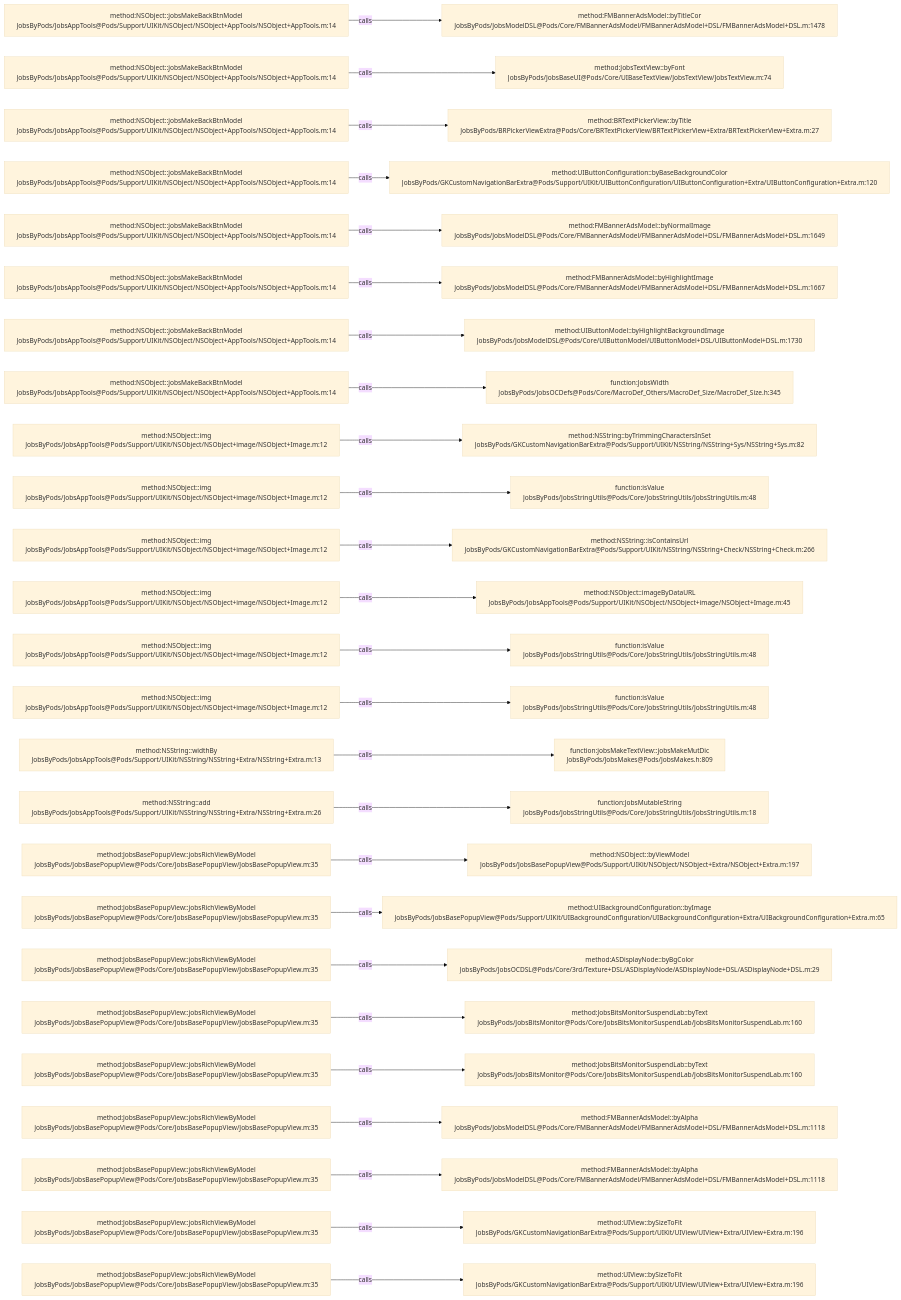
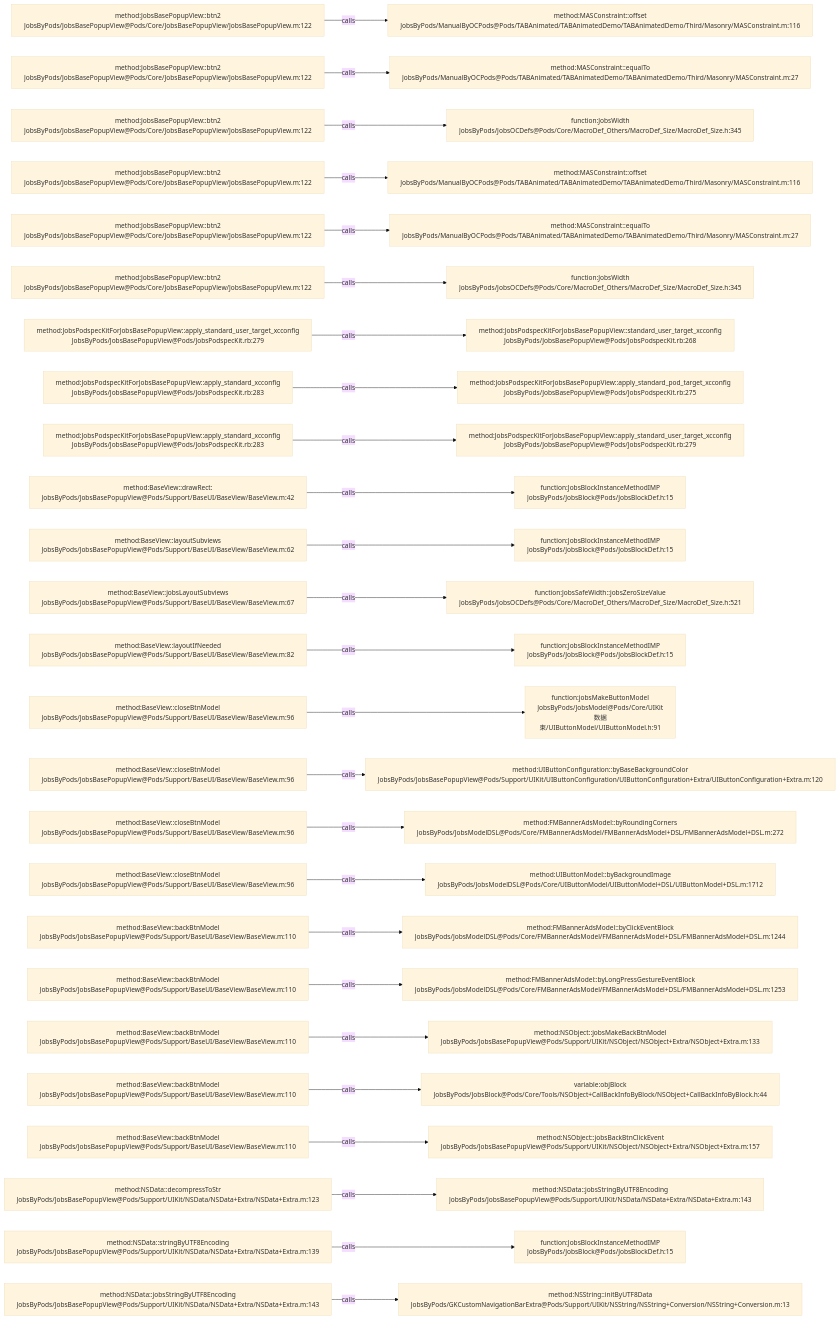
One commit to JobsKits/JobsOCBaseConfigDemo changed the diagram in .codegraph/codegraph.md/graphs/calls-199.md. Above: the diagram before and after it, drawn with Mermaid (base theme). The commit also changed 223 other files, not shown here.

````diff
--- a/.codegraph/codegraph.md/graphs/calls-199.md
+++ b/.codegraph/codegraph.md/graphs/calls-199.md
@@ -13,78 +13,78 @@
 ```mermaid
 flowchart LR
-  S1["method:NSObject::jobsMakeBackBtnModel<br/>JobsByPods/JobsAppTools@Pods/Support/UIKit/NSObject/NSObject+AppTools/NSObject+AppTools.m:14"]
-  T1["method:FMBannerAdsModel::byTitleCor<br/>JobsByPods/JobsModelDSL@Pods/Core/FMBannerAdsModel/FMBannerAdsModel+DSL/FMBannerAdsModel+DSL.m:1478"]
+  S1["method:JobsBasePopupView::btn2<br/>JobsByPods/JobsBasePopupView@Pods/Core/JobsBasePopupView/JobsBasePopupView.m:122"]
+  T1["method:MASConstraint::offset<br/>JobsByPods/ManualByOCPods@Pods/TABAnimated/TABAnimatedDemo/TABAnimatedDemo/Third/Masonry/MASConstraint.m:116"]
   S1 -->|calls| T1
-  S2["method:NSObject::jobsMakeBackBtnModel<br/>JobsByPods/JobsAppTools@Pods/Support/UIKit/NSObject/NSObject+AppTools/NSObject+AppTools.m:14"]
-  T2["method:JobsTextView::byFont<br/>JobsByPods/JobsBaseUI@Pods/Core/UIBaseTextView/JobsTextView/JobsTextView.m:74"]
+  S2["method:JobsBasePopupView::btn2<br/>JobsByPods/JobsBasePopupView@Pods/Core/JobsBasePopupView/JobsBasePopupView.m:122"]
+  T2["method:MASConstraint::equalTo<br/>JobsByPods/ManualByOCPods@Pods/TABAnimated/TABAnimatedDemo/TABAnimatedDemo/Third/Masonry/MASConstraint.m:27"]
   S2 -->|calls| T2
-  S3["method:NSObject::jobsMakeBackBtnModel<br/>JobsByPods/JobsAppTools@Pods/Support/UIKit/NSObject/NSObject+AppTools/NSObject+AppTools.m:14"]
-  T3["method:BRTextPickerView::byTitle<br/>JobsByPods/BRPickerViewExtra@Pods/Core/BRTextPickerView/BRTextPickerView+Extra/BRTextPickerView+Extra.m:27"]
+  S3["method:JobsBasePopupView::btn2<br/>JobsByPods/JobsBasePopupView@Pods/Core/JobsBasePopupView/JobsBasePopupView.m:122"]
+  T3["function:JobsWidth<br/>JobsByPods/JobsOCDefs@Pods/Core/MacroDef_Others/MacroDef_Size/MacroDef_Size.h:345"]
   S3 -->|calls| T3
-  S4["method:NSObject::jobsMakeBackBtnModel<br/>JobsByPods/JobsAppTools@Pods/Support/UIKit/NSObject/NSObject+AppTools/NSObject+AppTools.m:14"]
-  T4["method:UIButtonConfiguration::byBaseBackgroundColor<br/>JobsByPods/GKCustomNavigationBarExtra@Pods/Support/UIKit/UIButtonConfiguration/UIButtonConfiguration+Extra/UIButtonConfiguration+Extra.m:120"]
+  S4["method:JobsBasePopupView::btn2<br/>JobsByPods/JobsBasePopupView@Pods/Core/JobsBasePopupView/JobsBasePopupView.m:122"]
+  T4["method:MASConstraint::offset<br/>JobsByPods/ManualByOCPods@Pods/TABAnimated/TABAnimatedDemo/TABAnimatedDemo/Third/Masonry/MASConstraint.m:116"]
   S4 -->|calls| T4
-  S5["method:NSObject::jobsMakeBackBtnModel<br/>JobsByPods/JobsAppTools@Pods/Support/UIKit/NSObject/NSObject+AppTools/NSObject+AppTools.m:14"]
-  T5["method:FMBannerAdsModel::byNormalImage<br/>JobsByPods/JobsModelDSL@Pods/Core/FMBannerAdsModel/FMBannerAdsModel+DSL/FMBannerAdsModel+DSL.m:1649"]
+  S5["method:JobsBasePopupView::btn2<br/>JobsByPods/JobsBasePopupView@Pods/Core/JobsBasePopupView/JobsBasePopupView.m:122"]
+  T5["method:MASConstraint::equalTo<br/>JobsByPods/ManualByOCPods@Pods/TABAnimated/TABAnimatedDemo/TABAnimatedDemo/Third/Masonry/MASConstraint.m:27"]
   S5 -->|calls| T5
-  S6["method:NSObject::jobsMakeBackBtnModel<br/>JobsByPods/JobsAppTools@Pods/Support/UIKit/NSObject/NSObject+AppTools/NSObject+AppTools.m:14"]
-  T6["method:FMBannerAdsModel::byHighlightImage<br/>JobsByPods/JobsModelDSL@Pods/Core/FMBannerAdsModel/FMBannerAdsModel+DSL/FMBannerAdsModel+DSL.m:1667"]
+  S6["method:JobsBasePopupView::btn2<br/>JobsByPods/JobsBasePopupView@Pods/Core/JobsBasePopupView/JobsBasePopupView.m:122"]
+  T6["function:JobsWidth<br/>JobsByPods/JobsOCDefs@Pods/Core/MacroDef_Others/MacroDef_Size/MacroDef_Size.h:345"]
   S6 -->|calls| T6
-  S7["method:NSObject::jobsMakeBackBtnModel<br/>JobsByPods/JobsAppTools@Pods/Support/UIKit/NSObject/NSObject+AppTools/NSObject+AppTools.m:14"]
-  T7["method:UIButtonModel::byHighlightBackgroundImage<br/>JobsByPods/JobsModelDSL@Pods/Core/UIButtonModel/UIButtonModel+DSL/UIButtonModel+DSL.m:1730"]
+  S7["method:JobsPodspecKitForJobsBasePopupView::apply_standard_user_target_xcconfig<br/>JobsByPods/JobsBasePopupView@Pods/JobsPodspecKit.rb:279"]
+  T7["method:JobsPodspecKitForJobsBasePopupView::standard_user_target_xcconfig<br/>JobsByPods/JobsBasePopupView@Pods/JobsPodspecKit.rb:268"]
   S7 -->|calls| T7
-  S8["method:NSObject::jobsMakeBackBtnModel<br/>JobsByPods/JobsAppTools@Pods/Support/UIKit/NSObject/NSObject+AppTools/NSObject+AppTools.m:14"]
-  T8["function:JobsWidth<br/>JobsByPods/JobsOCDefs@Pods/Core/MacroDef_Others/MacroDef_Size/MacroDef_Size.h:345"]
+  S8["method:JobsPodspecKitForJobsBasePopupView::apply_standard_xcconfig<br/>JobsByPods/JobsBasePopupView@Pods/JobsPodspecKit.rb:283"]
+  T8["method:JobsPodspecKitForJobsBasePopupView::apply_standard_pod_target_xcconfig<br/>JobsByPods/JobsBasePopupView@Pods/JobsPodspecKit.rb:275"]
   S8 -->|calls| T8
-  S9["method:NSObject::img<br/>JobsByPods/JobsAppTools@Pods/Support/UIKit/NSObject/NSObject+image/NSObject+Image.m:12"]
-  T9["method:NSString::byTrimmingCharactersInSet<br/>JobsByPods/GKCustomNavigationBarExtra@Pods/Support/UIKit/NSString/NSString+Sys/NSString+Sys.m:82"]
+  S9["method:JobsPodspecKitForJobsBasePopupView::apply_standard_xcconfig<br/>JobsByPods/JobsBasePopupView@Pods/JobsPodspecKit.rb:283"]
+  T9["method:JobsPodspecKitForJobsBasePopupView::apply_standard_user_target_xcconfig<br/>JobsByPods/JobsBasePopupView@Pods/JobsPodspecKit.rb:279"]
   S9 -->|calls| T9
-  S10["method:NSObject::img<br/>JobsByPods/JobsAppTools@Pods/Support/UIKit/NSObject/NSObject+image/NSObject+Image.m:12"]
-  T10["function:isValue<br/>JobsByPods/JobsStringUtils@Pods/Core/JobsStringUtils/JobsStringUtils.m:48"]
+  S10["method:BaseView::drawRect:<br/>JobsByPods/JobsBasePopupView@Pods/Support/BaseUI/BaseView/BaseView.m:42"]
+  T10["function:JobsBlockInstanceMethodIMP<br/>JobsByPods/JobsBlock@Pods/JobsBlockDef.h:15"]
   S10 -->|calls| T10
-  S11["method:NSObject::img<br/>JobsByPods/JobsAppTools@Pods/Support/UIKit/NSObject/NSObject+image/NSObject+Image.m:12"]
-  T11["method:NSString::isContainsUrl<br/>JobsByPods/GKCustomNavigationBarExtra@Pods/Support/UIKit/NSString/NSString+Check/NSString+Check.m:266"]
+  S11["method:BaseView::layoutSubviews<br/>JobsByPods/JobsBasePopupView@Pods/Support/BaseUI/BaseView/BaseView.m:62"]
+  T11["function:JobsBlockInstanceMethodIMP<br/>JobsByPods/JobsBlock@Pods/JobsBlockDef.h:15"]
   S11 -->|calls| T11
-  S12["method:NSObject::img<br/>JobsByPods/JobsAppTools@Pods/Support/UIKit/NSObject/NSObject+image/NSObject+Image.m:12"]
-  T12["method:NSObject::imageByDataURL<br/>JobsByPods/JobsAppTools@Pods/Support/UIKit/NSObject/NSObject+image/NSObject+Image.m:45"]
+  S12["method:BaseView::jobsLayoutSubviews<br/>JobsByPods/JobsBasePopupView@Pods/Support/BaseUI/BaseView/BaseView.m:67"]
+  T12["function:JobsSafeWidth::jobsZeroSizeValue<br/>JobsByPods/JobsOCDefs@Pods/Core/MacroDef_Others/MacroDef_Size/MacroDef_Size.h:521"]
   S12 -->|calls| T12
-  S13["method:NSObject::img<br/>JobsByPods/JobsAppTools@Pods/Support/UIKit/NSObject/NSObject+image/NSObject+Image.m:12"]
-  T13["function:isValue<br/>JobsByPods/JobsStringUtils@Pods/Core/JobsStringUtils/JobsStringUtils.m:48"]
+  S13["method:BaseView::layoutIfNeeded<br/>JobsByPods/JobsBasePopupView@Pods/Support/BaseUI/BaseView/BaseView.m:82"]
+  T13["function:JobsBlockInstanceMethodIMP<br/>JobsByPods/JobsBlock@Pods/JobsBlockDef.h:15"]
   S13 -->|calls| T13
-  S14["method:NSObject::img<br/>JobsByPods/JobsAppTools@Pods/Support/UIKit/NSObject/NSObject+image/NSObject+Image.m:12"]
-  T14["function:isValue<br/>JobsByPods/JobsStringUtils@Pods/Core/JobsStringUtils/JobsStringUtils.m:48"]
+  S14["method:BaseView::closeBtnModel<br/>JobsByPods/JobsBasePopupView@Pods/Support/BaseUI/BaseView/BaseView.m:96"]
+  T14["function:jobsMakeButtonModel<br/>JobsByPods/JobsModel@Pods/Core/UIKit数据束/UIButtonModel/UIButtonModel.h:91"]
   S14 -->|calls| T14
-  S15["method:NSString::widthBy<br/>JobsByPods/JobsAppTools@Pods/Support/UIKit/NSString/NSString+Extra/NSString+Extra.m:13"]
-  T15["function:jobsMakeTextView::jobsMakeMutDic<br/>JobsByPods/JobsMakes@Pods/JobsMakes.h:809"]
+  S15["method:BaseView::closeBtnModel<br/>JobsByPods/JobsBasePopupView@Pods/Support/BaseUI/BaseView/BaseView.m:96"]
+  T15["method:UIButtonConfiguration::byBaseBackgroundColor<br/>JobsByPods/JobsBasePopupView@Pods/Support/UIKit/UIButtonConfiguration/UIButtonConfiguration+Extra/UIButtonConfiguration+Extra.m:120"]
   S15 -->|calls| T15
-  S16["method:NSString::add<br/>JobsByPods/JobsAppTools@Pods/Support/UIKit/NSString/NSString+Extra/NSString+Extra.m:26"]
-  T16["function:JobsMutableString<br/>JobsByPods/JobsStringUtils@Pods/Core/JobsStringUtils/JobsStringUtils.m:18"]
+  S16["method:BaseView::closeBtnModel<br/>JobsByPods/JobsBasePopupView@Pods/Support/BaseUI/BaseView/BaseView.m:96"]
+  T16["method:FMBannerAdsModel::byRoundingCorners<br/>JobsByPods/JobsModelDSL@Pods/Core/FMBannerAdsModel/FMBannerAdsModel+DSL/FMBannerAdsModel+DSL.m:272"]
   S16 -->|calls| T16
-  S17["method:JobsBasePopupView::jobsRichViewByModel<br/>JobsByPods/JobsBasePopupView@Pods/Core/JobsBasePopupView/JobsBasePopupView.m:35"]
-  T17["method:NSObject::byViewModel<br/>JobsByPods/JobsBasePopupView@Pods/Support/UIKit/NSObject/NSObject+Extra/NSObject+Extra.m:197"]
+  S17["method:BaseView::closeBtnModel<br/>JobsByPods/JobsBasePopupView@Pods/Support/BaseUI/BaseView/BaseView.m:96"]
+  T17["method:UIButtonModel::byBackgroundImage<br/>JobsByPods/JobsModelDSL@Pods/Core/UIButtonModel/UIButtonModel+DSL/UIButtonModel+DSL.m:1712"]
   S17 -->|calls| T17
-  S18["method:JobsBasePopupView::jobsRichViewByModel<br/>JobsByPods/JobsBasePopupView@Pods/Core/JobsBasePopupView/JobsBasePopupView.m:35"]
-  T18["method:UIBackgroundConfiguration::byImage<br/>JobsByPods/JobsBasePopupView@Pods/Support/UIKit/UIBackgroundConfiguration/UIBackgroundConfiguration+Extra/UIBackgroundConfiguration+Extra.m:65"]
+  S18["method:BaseView::backBtnModel<br/>JobsByPods/JobsBasePopupView@Pods/Support/BaseUI/BaseView/BaseView.m:110"]
+  T18["method:FMBannerAdsModel::byClickEventBlock<br/>JobsByPods/JobsModelDSL@Pods/Core/FMBannerAdsModel/FMBannerAdsModel+DSL/FMBannerAdsModel+DSL.m:1244"]
   S18 -->|calls| T18
-  S19["method:JobsBasePopupView::jobsRichViewByModel<br/>JobsByPods/JobsBasePopupView@Pods/Core/JobsBasePopupView/JobsBasePopupView.m:35"]
-  T19["method:ASDisplayNode::byBgColor<br/>JobsByPods/JobsOCDSL@Pods/Core/3rd/Texture+DSL/ASDisplayNode/ASDisplayNode+DSL/ASDisplayNode+DSL.m:29"]
+  S19["method:BaseView::backBtnModel<br/>JobsByPods/JobsBasePopupView@Pods/Support/BaseUI/BaseView/BaseView.m:110"]
+  T19["method:FMBannerAdsModel::byLongPressGestureEventBlock<br/>JobsByPods/JobsModelDSL@Pods/Core/FMBannerAdsModel/FMBannerAdsModel+DSL/FMBannerAdsModel+DSL.m:1253"]
   S19 -->|calls| T19
-  S20["method:JobsBasePopupView::jobsRichViewByModel<br/>JobsByPods/JobsBasePopupView@Pods/Core/JobsBasePopupView/JobsBasePopupView.m:35"]
-  T20["method:JobsBitsMonitorSuspendLab::byText<br/>JobsByPods/JobsBitsMonitor@Pods/Core/JobsBitsMonitorSuspendLab/JobsBitsMonitorSuspendLab.m:160"]
+  S20["method:BaseView::backBtnModel<br/>JobsByPods/JobsBasePopupView@Pods/Support/BaseUI/BaseView/BaseView.m:110"]
+  T20["method:NSObject::jobsMakeBackBtnModel<br/>JobsByPods/JobsBasePopupView@Pods/Support/UIKit/NSObject/NSObject+Extra/NSObject+Extra.m:133"]
   S20 -->|calls| T20
-  S21["method:JobsBasePopupView::jobsRichViewByModel<br/>JobsByPods/JobsBasePopupView@Pods/Core/JobsBasePopupView/JobsBasePopupView.m:35"]
-  T21["method:JobsBitsMonitorSuspendLab::byText<br/>JobsByPods/JobsBitsMonitor@Pods/Core/JobsBitsMonitorSuspendLab/JobsBitsMonitorSuspendLab.m:160"]
+  S21["method:BaseView::backBtnModel<br/>JobsByPods/JobsBasePopupView@Pods/Support/BaseUI/BaseView/BaseView.m:110"]
+  T21["variable:objBlock<br/>JobsByPods/JobsBlock@Pods/Core/Tools/NSObject+CallBackInfoByBlock/NSObject+CallBackInfoByBlock.h:44"]
   S21 -->|calls| T21
-  S22["method:JobsBasePopupView::jobsRichViewByModel<br/>JobsByPods/JobsBasePopupView@Pods/Core/JobsBasePopupView/JobsBasePopupView.m:35"]
-  T22["method:FMBannerAdsModel::byAlpha<br/>JobsByPods/JobsModelDSL@Pods/Core/FMBannerAdsModel/FMBannerAdsModel+DSL/FMBannerAdsModel+DSL.m:1118"]
+  S22["method:BaseView::backBtnModel<br/>JobsByPods/JobsBasePopupView@Pods/Support/BaseUI/BaseView/BaseView.m:110"]
+  T22["method:NSObject::jobsBackBtnClickEvent<br/>JobsByPods/JobsBasePopupView@Pods/Support/UIKit/NSObject/NSObject+Extra/NSObject+Extra.m:157"]
   S22 -->|calls| T22
-  S23["method:JobsBasePopupView::jobsRichViewByModel<br/>JobsByPods/JobsBasePopupView@Pods/Core/JobsBasePopupView/JobsBasePopupView.m:35"]
-  T23["method:FMBannerAdsModel::byAlpha<br/>JobsByPods/JobsModelDSL@Pods/Core/FMBannerAdsModel/FMBannerAdsModel+DSL/FMBannerAdsModel+DSL.m:1118"]
+  S23["method:NSData::decompressToStr<br/>JobsByPods/JobsBasePopupView@Pods/Support/UIKit/NSData/NSData+Extra/NSData+Extra.m:123"]
+  T23["method:NSData::jobsStringByUTF8Encoding<br/>JobsByPods/JobsBasePopupView@Pods/Support/UIKit/NSData/NSData+Extra/NSData+Extra.m:143"]
   S23 -->|calls| T23
-  S24["method:JobsBasePopupView::jobsRichViewByModel<br/>JobsByPods/JobsBasePopupView@Pods/Core/JobsBasePopupView/JobsBasePopupView.m:35"]
-  T24["method:UIView::bySizeToFit<br/>JobsByPods/GKCustomNavigationBarExtra@Pods/Support/UIKit/UIView/UIView+Extra/UIView+Extra.m:196"]
+  S24["method:NSData::stringByUTF8Encoding<br/>JobsByPods/JobsBasePopupView@Pods/Support/UIKit/NSData/NSData+Extra/NSData+Extra.m:139"]
+  T24["function:JobsBlockInstanceMethodIMP<br/>JobsByPods/JobsBlock@Pods/JobsBlockDef.h:15"]
   S24 -->|calls| T24
-  S25["method:JobsBasePopupView::jobsRichViewByModel<br/>JobsByPods/JobsBasePopupView@Pods/Core/JobsBasePopupView/JobsBasePopupView.m:35"]
-  T25["method:UIView::bySizeToFit<br/>JobsByPods/GKCustomNavigationBarExtra@Pods/Support/UIKit/UIView/UIView+Extra/UIView+Extra.m:196"]
+  S25["method:NSData::jobsStringByUTF8Encoding<br/>JobsByPods/JobsBasePopupView@Pods/Support/UIKit/NSData/NSData+Extra/NSData+Extra.m:143"]
+  T25["method:NSString::initByUTF8Data<br/>JobsByPods/GKCustomNavigationBarExtra@Pods/Support/UIKit/NSString/NSString+Conversion/NSString+Conversion.m:13"]
   S25 -->|calls| T25
 ```
````
